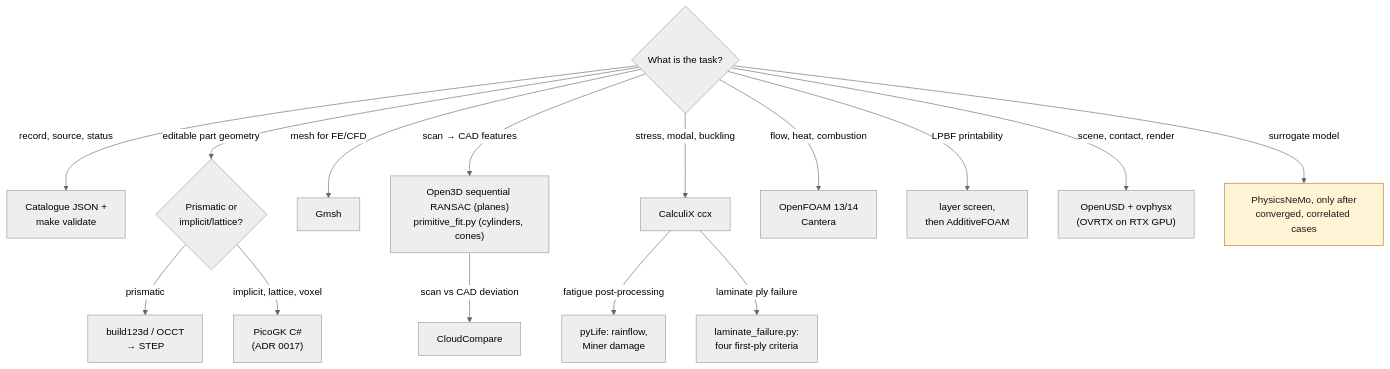
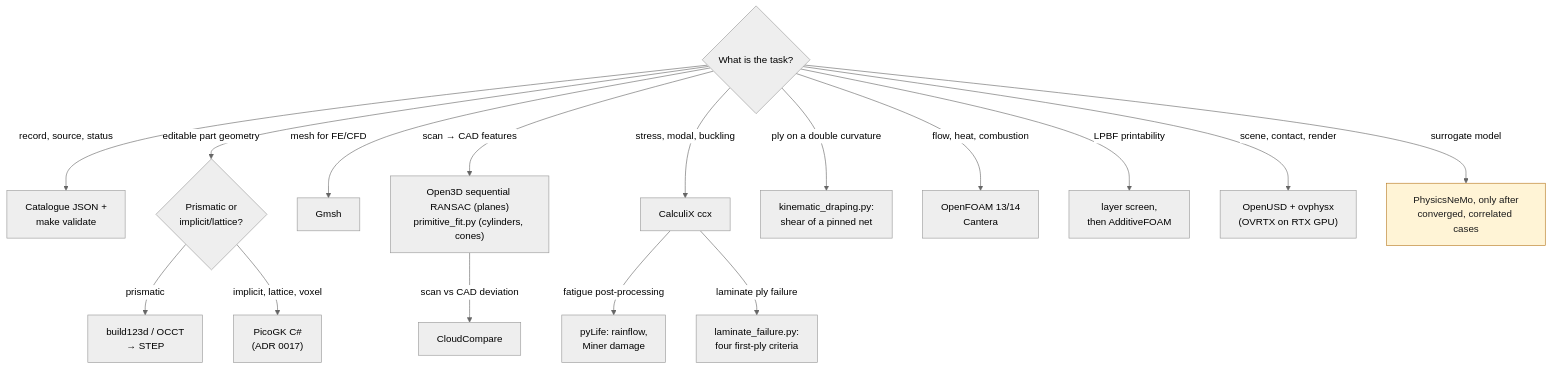
The first of 4 diagrams in docs/AGENT_TOOL_GUIDE.md (cluster2600/porscheparts), drawn with Mermaid (neutral theme) before and after one commit. The commit also changed other lines of this file and 12 other files, not shown here.

````diff
--- a/docs/AGENT_TOOL_GUIDE.md
+++ b/docs/AGENT_TOOL_GUIDE.md
@@ -25,19 +25,20 @@
 ```mermaid
 flowchart TD
     T{"What is the task?"}
     T -->|"record, source, status"| C["Catalogue JSON +<br/>make validate"]
     T -->|"editable part geometry"| G{"Prismatic or<br/>implicit/lattice?"}
     G -->|prismatic| B["build123d / OCCT<br/>→ STEP"]
     G -->|"implicit, lattice, voxel"| P["PicoGK C#<br/>(ADR 0017)"]
     T -->|"mesh for FE/CFD"| M["Gmsh"]
     T -->|"scan → CAD features"| R["Open3D sequential RANSAC (planes)<br/>primitive_fit.py (cylinders, cones)"]
     R -->|"scan vs CAD deviation"| D["CloudCompare"]
     T -->|"stress, modal, buckling"| X["CalculiX ccx"]
     X -->|"fatigue post-processing"| Y["pyLife: rainflow,<br/>Miner damage"]
     X -->|"laminate ply failure"| W["laminate_failure.py:<br/>four first-ply criteria"]
+    T -->|"ply on a double curvature"| K["kinematic_draping.py:<br/>shear of a pinned net"]
     T -->|"flow, heat, combustion"| F["OpenFOAM 13/14<br/>Cantera"]
     T -->|"LPBF printability"| L["layer screen,<br/>then AdditiveFOAM"]
     T -->|"scene, contact, render"| U["OpenUSD + ovphysx<br/>(OVRTX on RTX GPU)"]
     T -->|"surrogate model"| N["PhysicsNeMo, only after<br/>converged, correlated cases"]:::open
     classDef open fill:#fff4d6,stroke:#b7791f,color:#1a1a1a;
 ```
````
